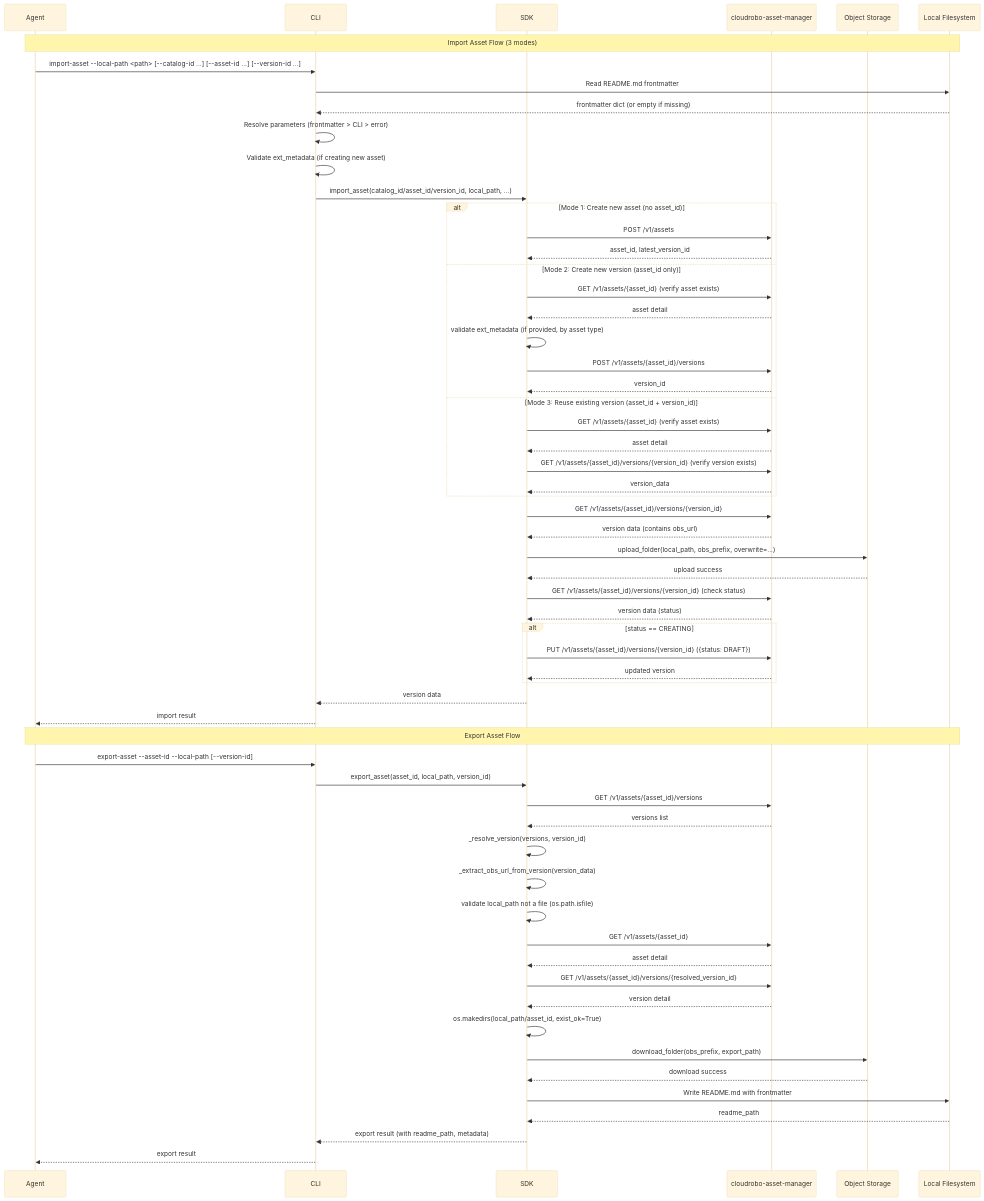
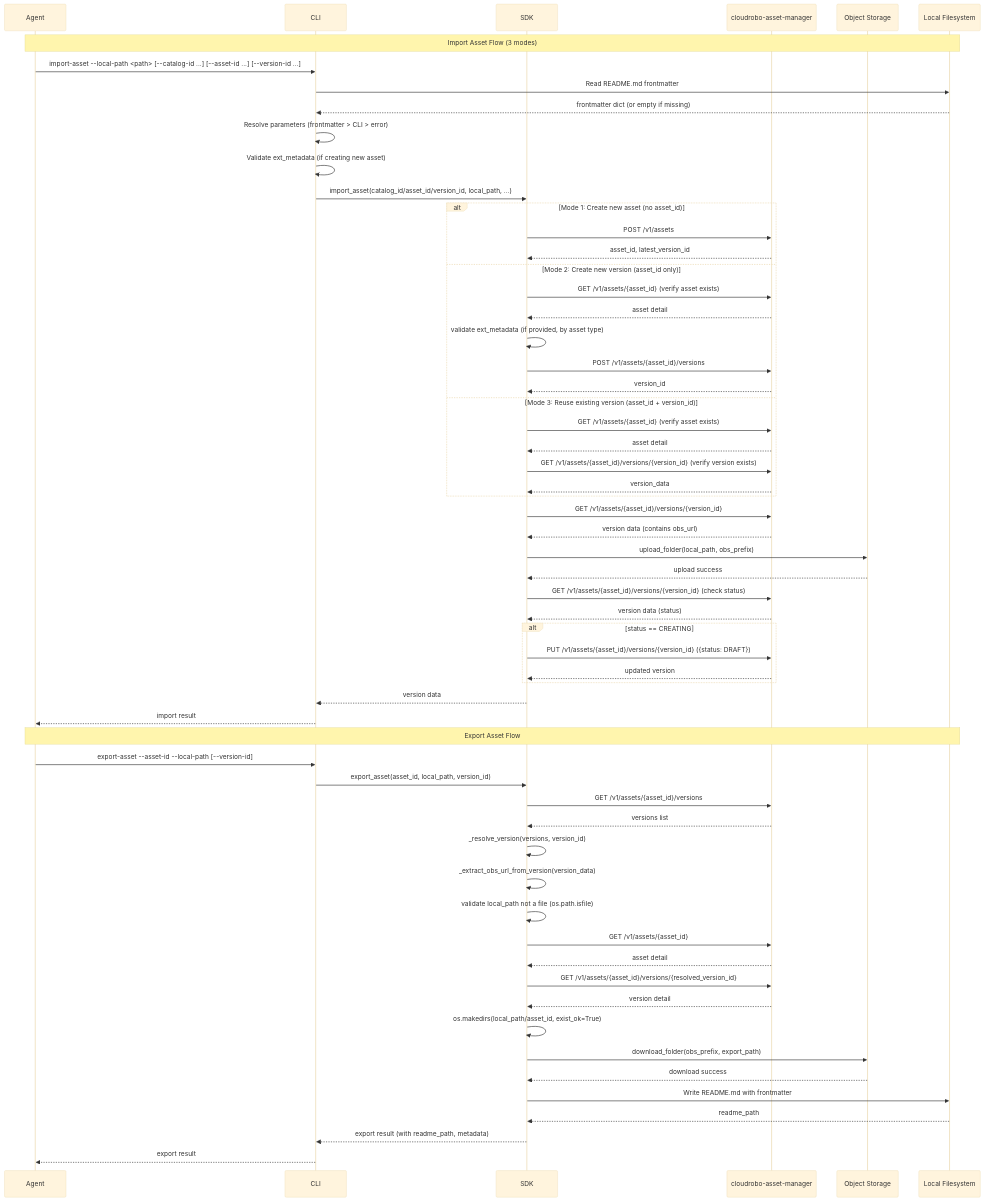
The third of 4 diagrams in skills/ai/cloudrobo/huawei-cloud-cloudrobo-asset/references/dataflow-diagram.md (huaweicloud/huaweicloud-skills), drawn with Mermaid (base theme) before and after one commit. The commit also changed 7 other files, not shown here.

````diff
--- a/skills/ai/cloudrobo/huawei-cloud-cloudrobo-asset/references/dataflow-diagram.md
+++ b/skills/ai/cloudrobo/huawei-cloud-cloudrobo-asset/references/dataflow-diagram.md
@@ -99,68 +99,68 @@
 ```mermaid
 sequenceDiagram
     participant Agent
     participant CLI
     participant SDK
     participant API as cloudrobo-asset-manager
     participant OBS as Object Storage
     participant FS as Local Filesystem
 
     Note over Agent,FS: Import Asset Flow (3 modes)
 
     Agent->>CLI: import-asset --local-path <path> [--catalog-id ...] [--asset-id ...] [--version-id ...]
     CLI->>FS: Read README.md frontmatter
     FS-->>CLI: frontmatter dict (or empty if missing)
     CLI->>CLI: Resolve parameters (frontmatter > CLI > error)
     CLI->>CLI: Validate ext_metadata (if creating new asset)
     CLI->>SDK: import_asset(catalog_id/asset_id/version_id, local_path, ...)
 
     alt Mode 1: Create new asset (no asset_id)
         SDK->>API: POST /v1/assets
         API-->>SDK: asset_id, latest_version_id
     else Mode 2: Create new version (asset_id only)
         SDK->>API: GET /v1/assets/{asset_id} (verify asset exists)
         API-->>SDK: asset detail
         SDK->>SDK: validate ext_metadata (if provided, by asset type)
         SDK->>API: POST /v1/assets/{asset_id}/versions
         API-->>SDK: version_id
     else Mode 3: Reuse existing version (asset_id + version_id)
         SDK->>API: GET /v1/assets/{asset_id} (verify asset exists)
         API-->>SDK: asset detail
         SDK->>API: GET /v1/assets/{asset_id}/versions/{version_id} (verify version exists)
         API-->>SDK: version_data
     end
 
     SDK->>API: GET /v1/assets/{asset_id}/versions/{version_id}
     API-->>SDK: version data (contains obs_url)
-    SDK->>OBS: upload_folder(local_path, obs_prefix, overwrite=...)
+    SDK->>OBS: upload_folder(local_path, obs_prefix)
     OBS-->>SDK: upload success
     SDK->>API: GET /v1/assets/{asset_id}/versions/{version_id} (check status)
     API-->>SDK: version data (status)
     alt status == CREATING
         SDK->>API: PUT /v1/assets/{asset_id}/versions/{version_id} ({status: DRAFT})
         API-->>SDK: updated version
     end
     SDK-->>CLI: version data
     CLI-->>Agent: import result
 
     Note over Agent,FS: Export Asset Flow
 
     Agent->>CLI: export-asset --asset-id --local-path [--version-id]
     CLI->>SDK: export_asset(asset_id, local_path, version_id)
     SDK->>API: GET /v1/assets/{asset_id}/versions
     API-->>SDK: versions list
     SDK->>SDK: _resolve_version(versions, version_id)
     SDK->>SDK: _extract_obs_url_from_version(version_data)
     SDK->>SDK: validate local_path not a file (os.path.isfile)
     SDK->>API: GET /v1/assets/{asset_id}
     API-->>SDK: asset detail
     SDK->>API: GET /v1/assets/{asset_id}/versions/{resolved_version_id}
     API-->>SDK: version detail
     SDK->>SDK: os.makedirs(local_path/asset_id, exist_ok=True)
     SDK->>OBS: download_folder(obs_prefix, export_path)
     OBS-->>SDK: download success
     SDK->>FS: Write README.md with frontmatter
     FS-->>SDK: readme_path
     SDK-->>CLI: export result (with readme_path, metadata)
     CLI-->>Agent: export result
 ```
````
